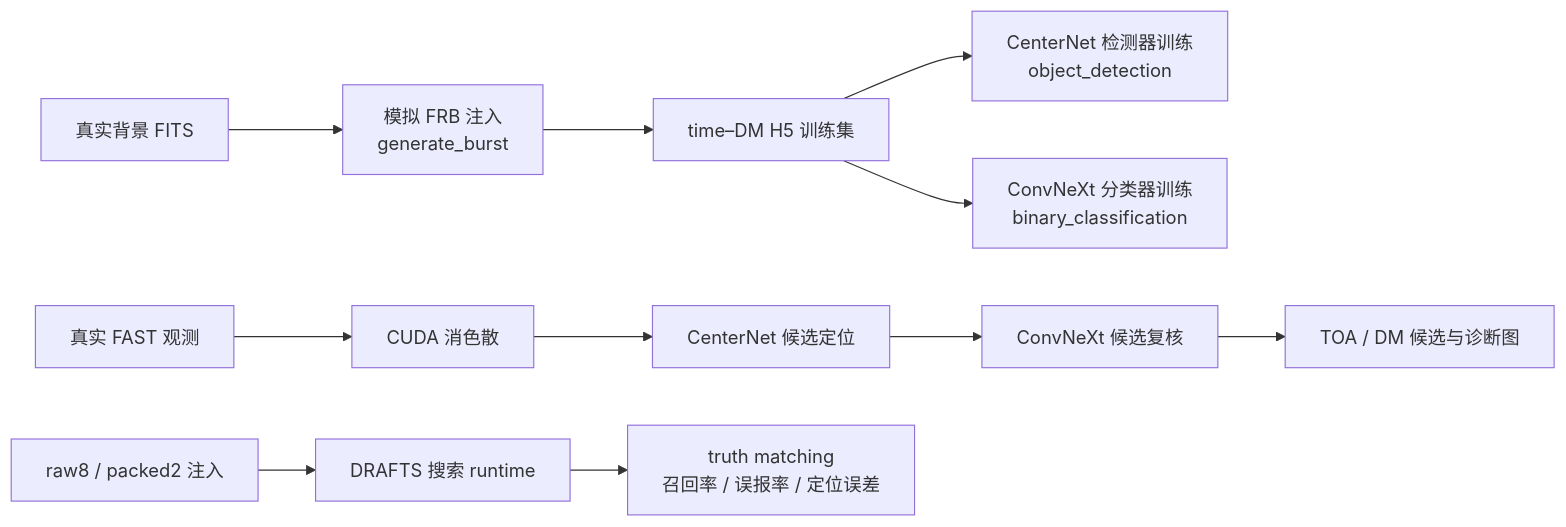
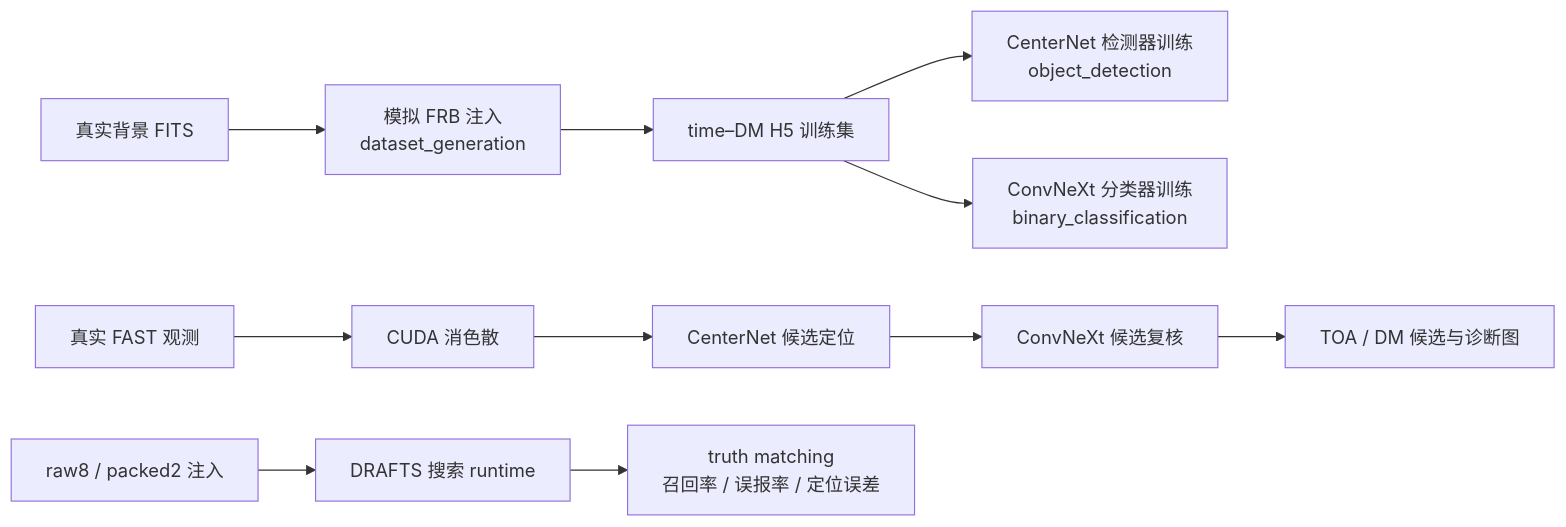
The diagram in README.md (SukiYume/DRAFTS), drawn with Mermaid before and after one commit. The commit also changed other lines of this file and 50 other files, not shown here.

````diff
--- a/README.md
+++ b/README.md
@@ -61,13 +61,13 @@
 ```mermaid
 flowchart LR
-    A["真实背景 FITS"] --> B["模拟 FRB 注入<br/>generate_burst"]
+    A["真实背景 FITS"] --> B["模拟 FRB 注入<br/>dataset_generation"]
     B --> C["time–DM H5 训练集"]
     C --> D["CenterNet 检测器训练<br/>object_detection"]
     C --> E["ConvNeXt 分类器训练<br/>binary_classification"]
     F["真实 FAST 观测"] --> G["CUDA 消色散"]
     G --> D2["CenterNet 候选定位"]
     D2 --> E2["ConvNeXt 候选复核"]
     E2 --> H["TOA / DM 候选与诊断图"]
     I["raw8 / packed2 注入"] --> J["DRAFTS 搜索 runtime"]
     J --> K["truth matching<br/>召回率 / 误报率 / 定位误差"]
 ```
````
